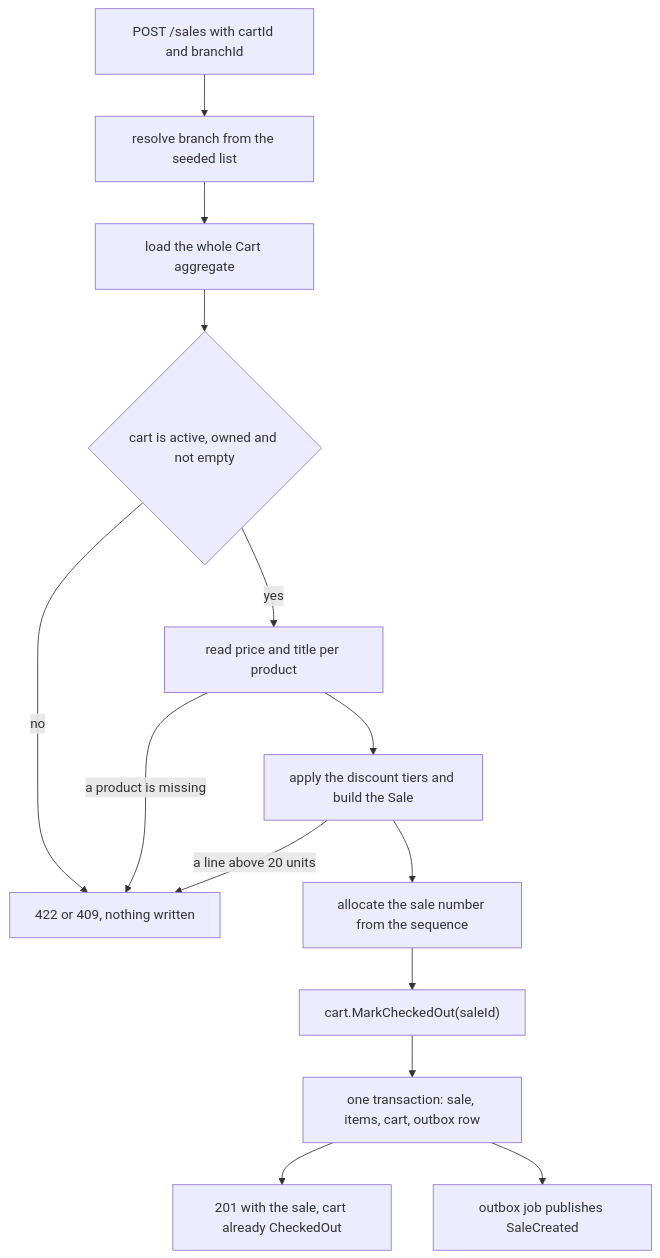
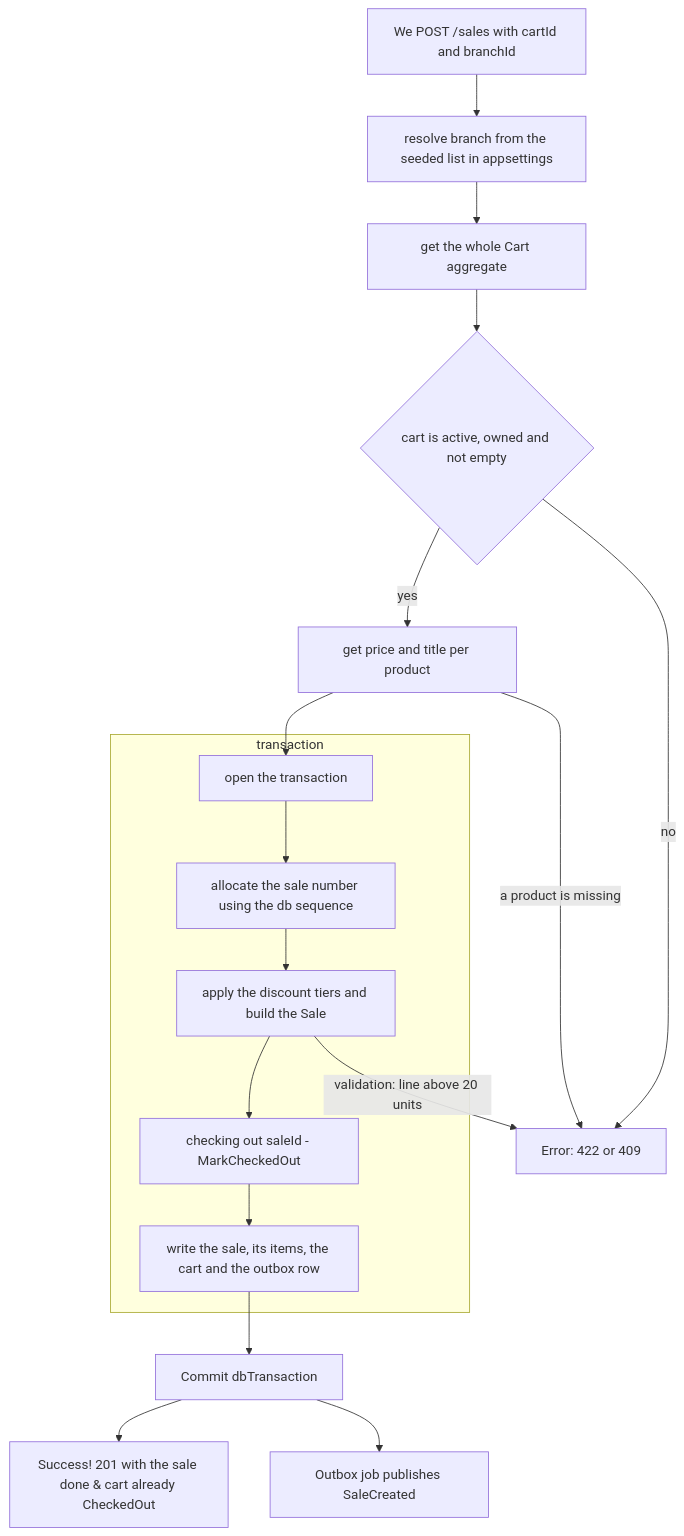
The second of 7 diagrams in .doc/my-own/diagrams.md (dante-escame/abi-gth-omnia-dev-eval), drawn with Mermaid before and after one commit. The commit also changed other lines of this file and 1 other file, not shown here.

Commit message:
docs: test scenarios and diagrams

````diff
--- a/.doc/my-own/diagrams.md
+++ b/.doc/my-own/diagrams.md
@@ -29,16 +29,22 @@
 ```mermaid
 flowchart TD
-    A["POST /sales with cartId and branchId"] --> B[resolve branch from the seeded list]
-    B --> C["load the whole Cart aggregate"]
+    A["We POST /sales with cartId and branchId"] --> B[resolve branch from the seeded list in appsettings]
+    B --> C["get the whole Cart aggregate"]
     C --> D{cart is active, owned and not empty}
-    D -- no --> E["422 or 409, nothing written"]
-    D -- yes --> F["read price and title per product"]
+    D -- no --> E["Error: 422 or 409"]
+    D -- yes --> F["get price and title per product"]
     F -- "a product is missing" --> E
-    F --> G["apply the discount tiers and build the Sale"]
-    G -- "a line above 20 units" --> E
-    G --> H["allocate the sale number from the sequence"]
-    H --> I["cart.MarkCheckedOut(saleId)"]
-    I --> J["one transaction: sale, items, cart, outbox row"]
-    J --> K["201 with the sale, cart already CheckedOut"]
-    J --> L[outbox job publishes SaleCreated]
+    F --> G[open the transaction]
+
+    subgraph TX["transaction"]
+        G --> H["allocate the sale number using the db sequence"]
+        H --> I["apply the discount tiers and build the Sale"]
+        I --> J["checking out saleId - MarkCheckedOut"]
+        J --> K["write the sale, its items, the cart and the outbox row"]
+    end
+
+    I -- "validation: line above 20 units" --> E
+    K --> L[Commit dbTransaction]
+    L --> M["Success! 201 with the sale done & cart already CheckedOut"]
+    L --> N[Outbox job publishes SaleCreated]
 ```
````
